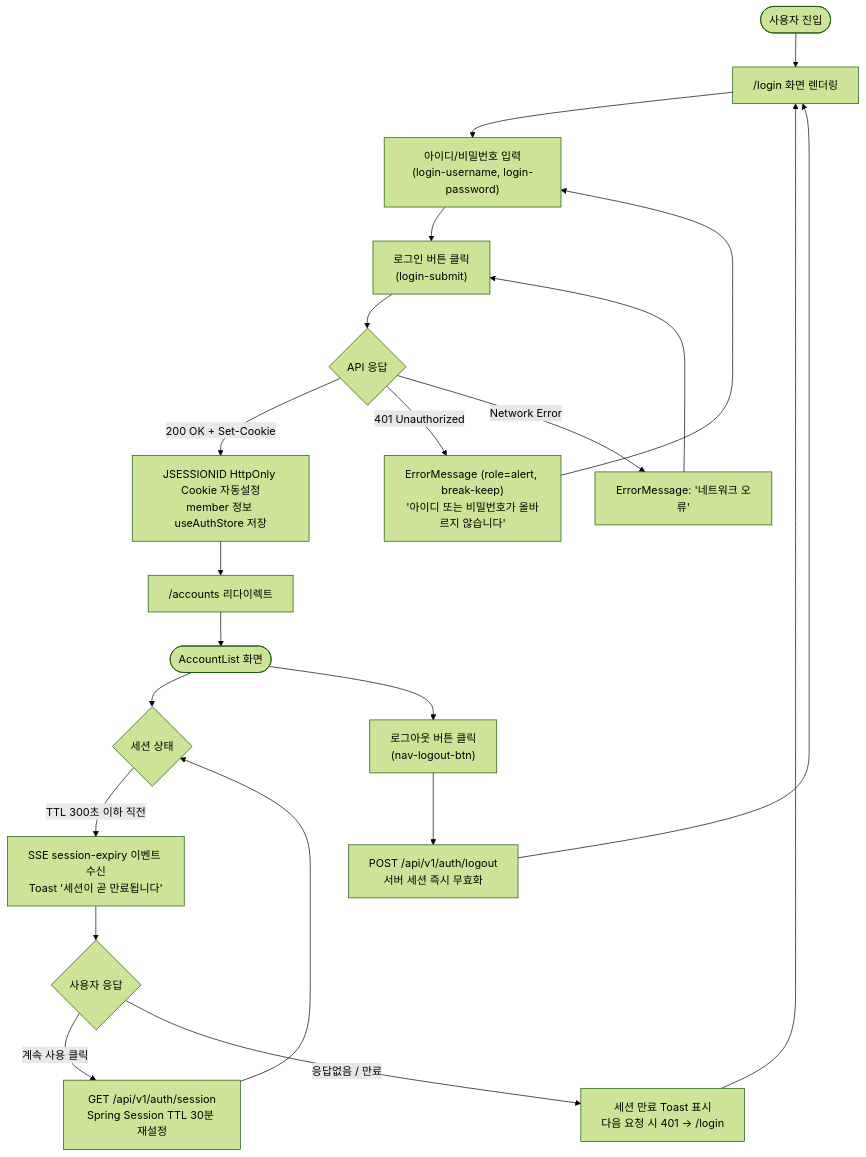
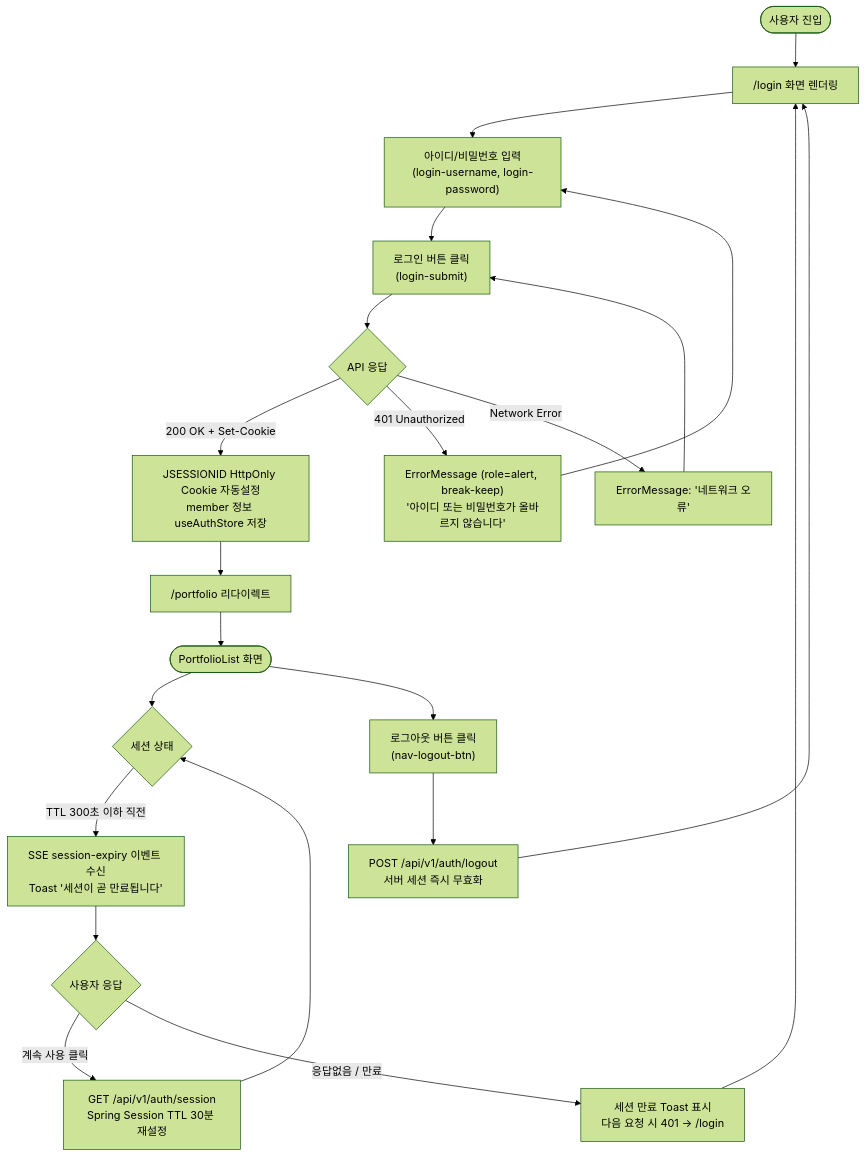
The first of 4 diagrams in _bmad-output/planning-artifacts/ux-design-specification.md (DoYouLikeFIx/FIXYZ), drawn with Mermaid (forest theme) before and after one commit. The commit also changed other lines of this file and 4 other files, not shown here.

````diff
--- a/_bmad-output/planning-artifacts/ux-design-specification.md
+++ b/_bmad-output/planning-artifacts/ux-design-specification.md
@@ -1299,26 +1311,26 @@
 ```mermaid
 flowchart TD
     A([사용자 진입]) --> B["/login 화면 렌더링"]
     B --> C["아이디/비밀번호 입력\n(login-username, login-password)"]
     C --> D["로그인 버튼 클릭\n(login-submit)"]
     D --> E{API 응답}
     E -->|200 OK + Set-Cookie| F["JSESSIONID HttpOnly Cookie 자동설정\nmember 정보 useAuthStore 저장"]
-    F --> G["/accounts 리다이렉트"]
-    G --> H([AccountList 화면])
+    F --> G["/portfolio 리다이렉트"]
+    G --> H([PortfolioList 화면])
     E -->|401 Unauthorized| I["ErrorMessage (role=alert, break-keep)\n'아이디 또는 비밀번호가 올바르지 않습니다'"]
     I --> C
     E -->|Network Error| J["ErrorMessage: '네트워크 오류'"]
     J --> D
 
     H --> K{세션 상태}
     K -->|TTL 300초 이하 직전| L["SSE session-expiry 이벤트 수신\nToast '세션이 곧 만료됩니다'"]
     L --> M{사용자 응답}
     M -->|"계속 사용" 클릭| MA["GET /api/v1/auth/session\nSpring Session TTL 30분 재설정"]
     MA --> K
     M -->|응답없음 / 만료| N["세션 만료 Toast 표시\n다음 요청 시 401 → /login"]
     N --> B
 
     H --> LO["로그아웃 버튼 클릭\n(nav-logout-btn)"]
     LO --> P["POST /api/v1/auth/logout\n서버 세션 즉시 무효화"]
     P --> B
 ```
````
